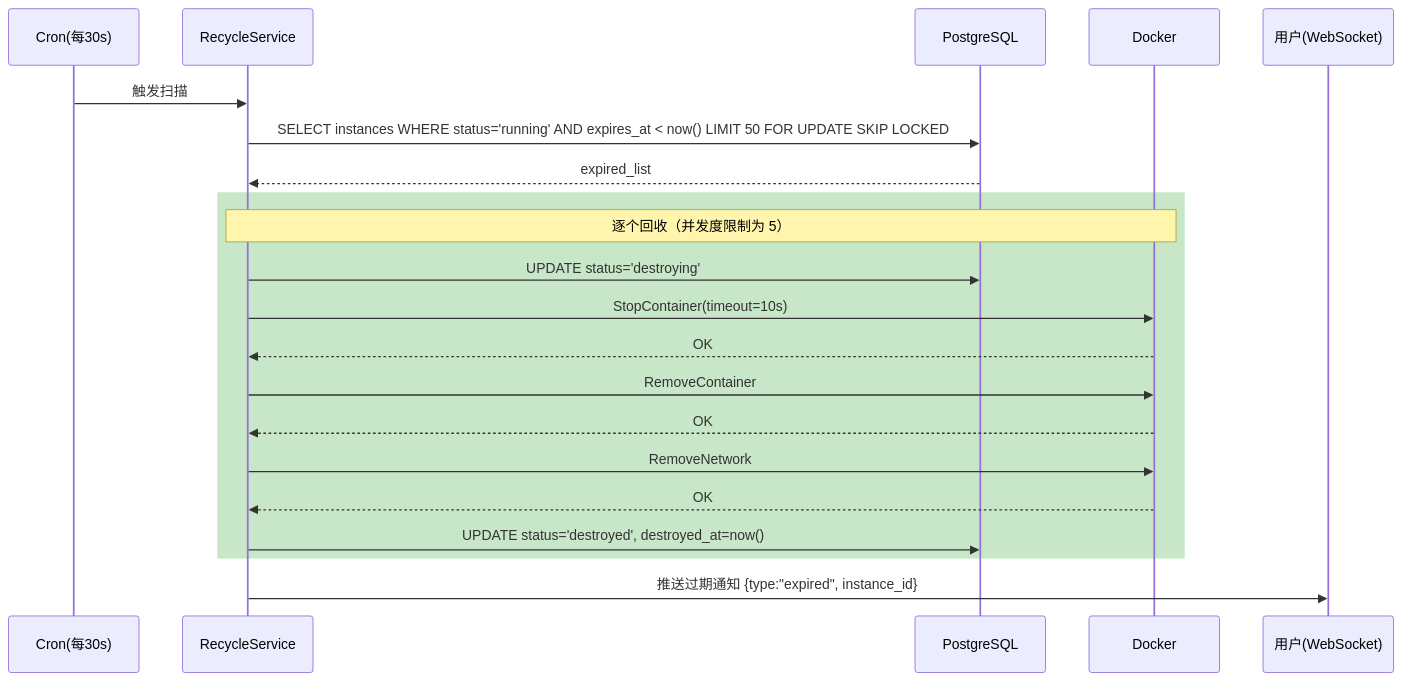
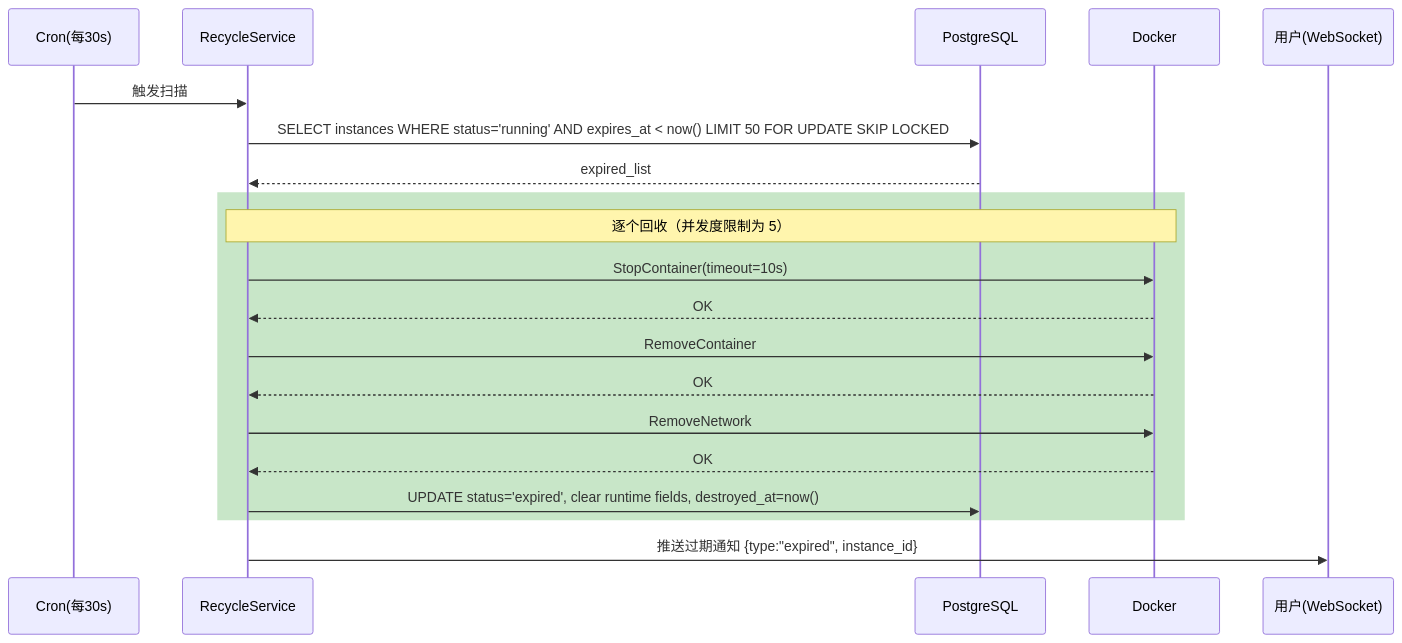
One commit to architectcgz/ctf changed the seventh of 18 diagrams in docs/architecture/backend/05-key-flows.md. Above: the diagram before and after it, drawn with Mermaid. The commit also changed other lines of this file and 19 other files, not shown here.

````diff
--- a/docs/architecture/backend/05-key-flows.md
+++ b/docs/architecture/backend/05-key-flows.md
@@ -537,27 +552,26 @@
 ```mermaid
 sequenceDiagram
     participant Cron as Cron(每30s)
     participant RS as RecycleService
     participant PG as PostgreSQL
     participant Docker
     participant WS as 用户(WebSocket)
 
     Cron->>RS: 触发扫描
 
     RS->>PG: SELECT instances WHERE status='running' AND expires_at < now() LIMIT 50 FOR UPDATE SKIP LOCKED
     PG-->>RS: expired_list
 
     rect rgb(200, 230, 200)
         Note over RS, Docker: 逐个回收（并发度限制为 5）
-        RS->>PG: UPDATE status='destroying'
         RS->>Docker: StopContainer(timeout=10s)
         Docker-->>RS: OK
         RS->>Docker: RemoveContainer
         Docker-->>RS: OK
         RS->>Docker: RemoveNetwork
         Docker-->>RS: OK
-        RS->>PG: UPDATE status='destroyed', destroyed_at=now()
+        RS->>PG: UPDATE status='expired', clear runtime fields, destroyed_at=now()
     end
 
     RS->>WS: 推送过期通知 {type:"expired", instance_id}
 ```
````
